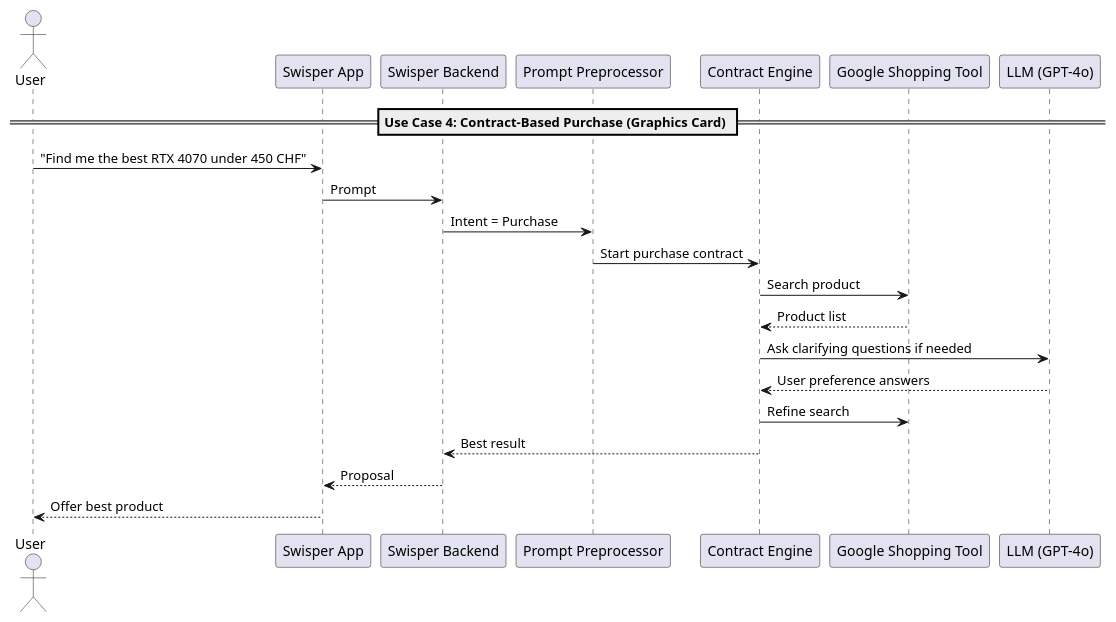
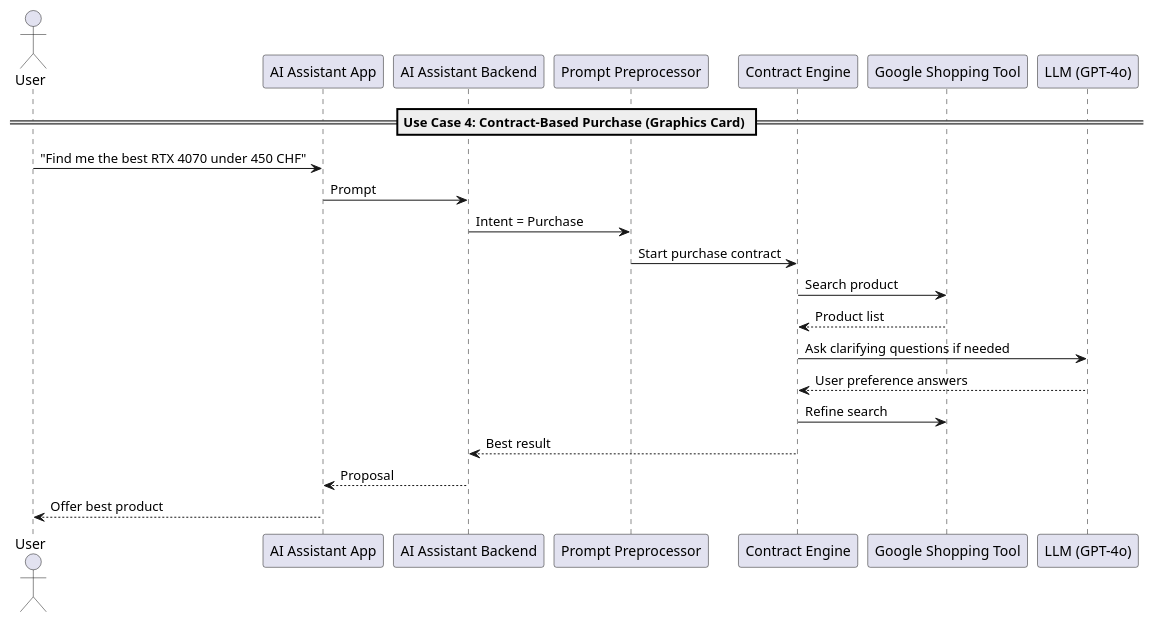
One commit to Sundi1972/Swisper_Core changed the diagram in Architecture/use_case_4_4__contract-based_purchase_graphics_card.puml. Above: the diagram before and after it, drawn with PlantUML. The commit also changed 23 other files, not shown here.

```diff
--- a/Architecture/use_case_4_4__contract-based_purchase_graphics_card.puml
+++ b/Architecture/use_case_4_4__contract-based_purchase_graphics_card.puml
@@ -1,23 +1,23 @@
 @startuml
 == Use Case 4: Contract-Based Purchase (Graphics Card) ==
 actor User
-participant "Swisper App" as App4
-participant "Swisper Backend" as Backend4
+participant "AI Assistant App" as App4
+participant "AI Assistant Backend" as Backend4
 participant "Prompt Preprocessor" as Pre4
 participant "Contract Engine" as Contract
 participant "Google Shopping Tool" as Shop
 participant "LLM (GPT-4o)" as LLM4
 
 User -> App4 : "Find me the best RTX 4070 under 450 CHF"
 App4 -> Backend4 : Prompt
 Backend4 -> Pre4 : Intent = Purchase
 Pre4 -> Contract : Start purchase contract
 Contract -> Shop : Search product
 Shop --> Contract : Product list
 Contract -> LLM4 : Ask clarifying questions if needed
 LLM4 --> Contract : User preference answers
 Contract -> Shop : Refine search
 Contract --> Backend4 : Best result
 Backend4 --> App4 : Proposal
 App4 --> User : Offer best product
 @enduml
```
